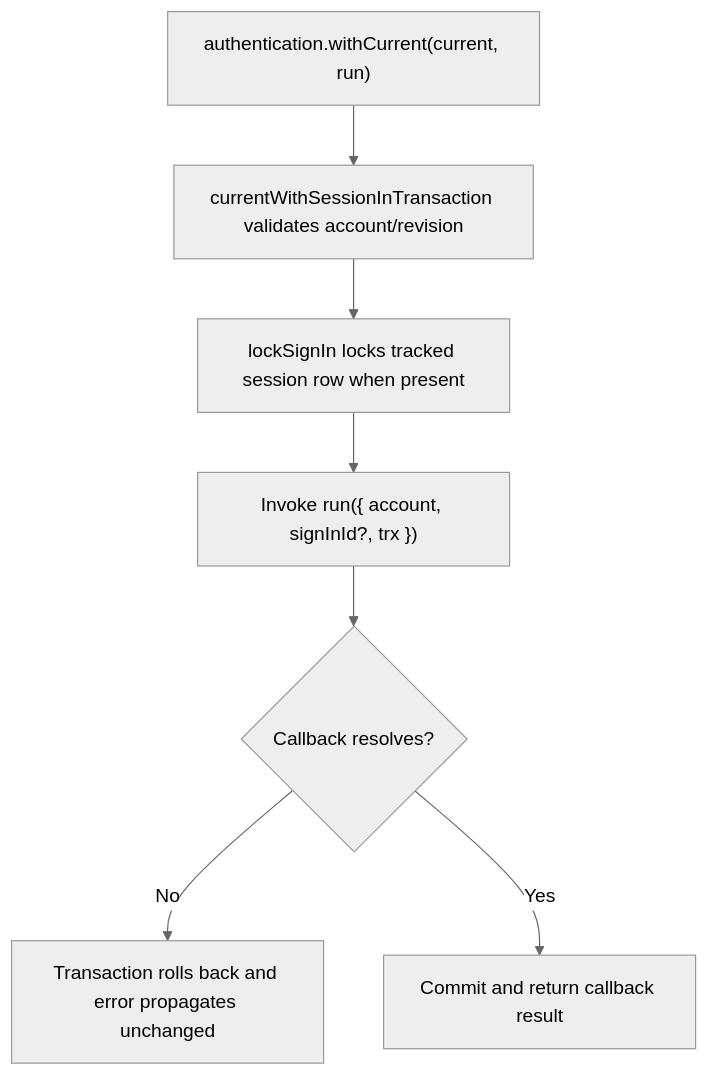
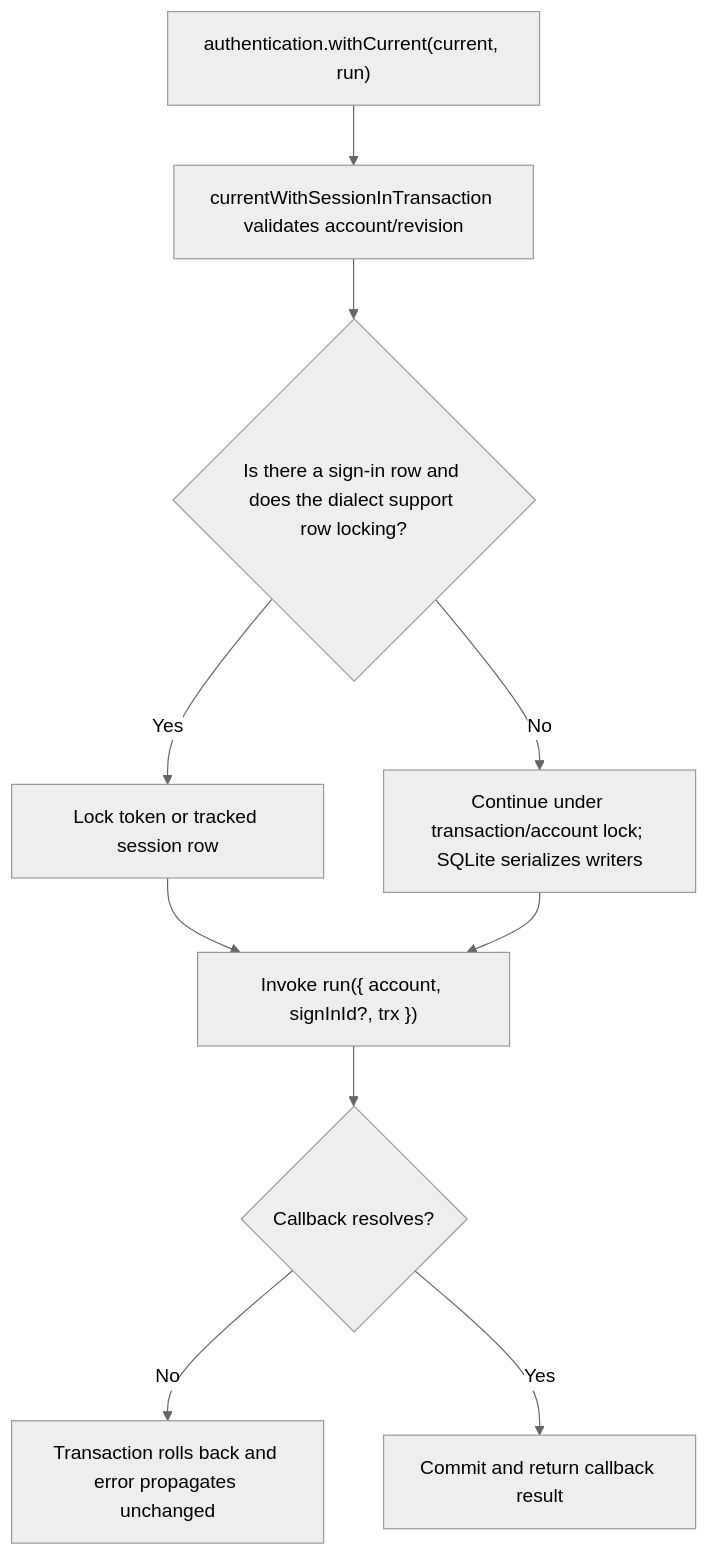
Before and after one commit to Kevinjohn/oss-adonisjs-account-kit: the second of 2 diagrams in user-stories/US-ACCOUNT-41-guard-host-write-with-current.md, drawn with Mermaid (neutral theme). The commit also changed other lines of this file and 7 other files, not shown here.

````diff
--- a/user-stories/US-ACCOUNT-41-guard-host-write-with-current.md
+++ b/user-stories/US-ACCOUNT-41-guard-host-write-with-current.md
@@ -33,9 +33,12 @@
 ```mermaid
 flowchart TD
  A["authentication.withCurrent(current, run)"] --> B["currentWithSessionInTransaction validates account/revision"]
- B --> C["lockSignIn locks tracked session row when present"]
- C --> D["Invoke run({ account, signInId?, trx })"]
- D --> E{"Callback resolves?"}
- E -->|No| F["Transaction rolls back and error propagates unchanged"]
- E -->|Yes| G["Commit and return callback result"]
+ B --> C{"Is there a sign-in row and does the dialect support row locking?"}
+ C -->|Yes| D["Lock token or tracked session row"]
+ C -->|No| E["Continue under transaction/account lock; SQLite serializes writers"]
+ D --> F["Invoke run({ account, signInId?, trx })"]
+ E --> F
+ F --> G{"Callback resolves?"}
+ G -->|No| H["Transaction rolls back and error propagates unchanged"]
+ G -->|Yes| I["Commit and return callback result"]
 ```
````
